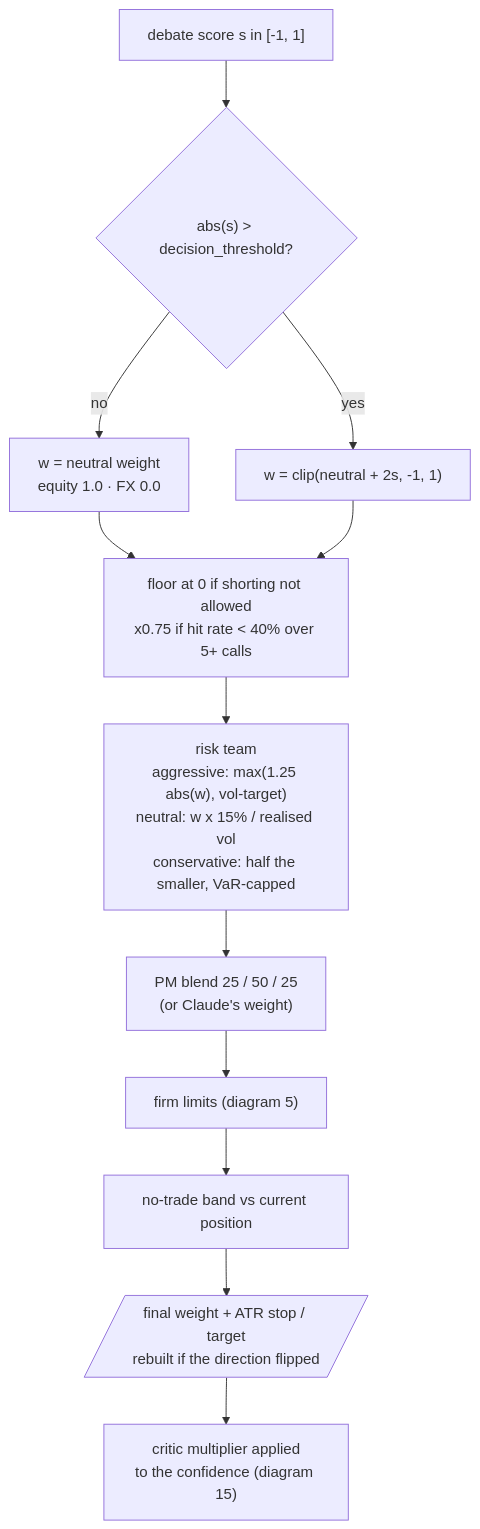
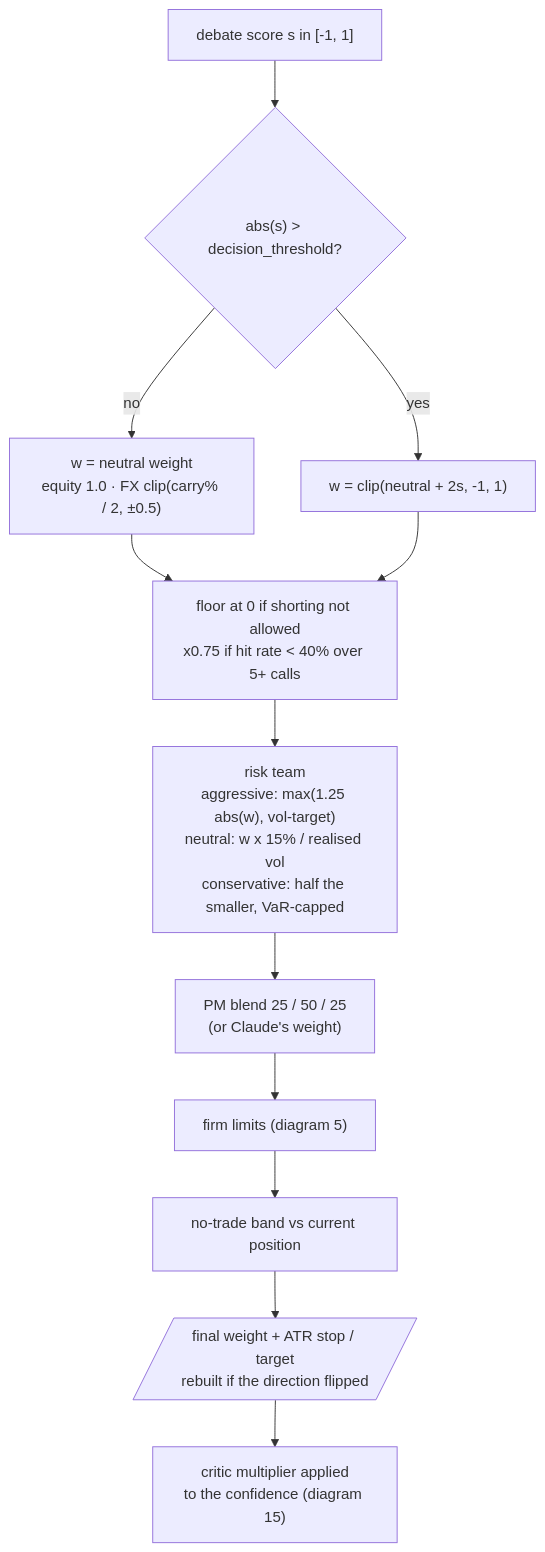
Before and after one commit to AshJha0/agentic-trader: the fourth of 27 diagrams in docs/DIAGRAMS.md, drawn with Mermaid. The commit also changed 18 other files, not shown here.

````diff
--- a/docs/DIAGRAMS.md
+++ b/docs/DIAGRAMS.md
@@ -170,14 +170,14 @@
 ```mermaid
 flowchart TD
     SC["debate score s in [-1, 1]"] --> TH{"abs(s) > decision_threshold?"}
-    TH -- no --> NW["w = neutral weight<br/>equity 1.0 · FX 0.0"]
+    TH -- no --> NW["w = neutral weight<br/>equity 1.0 · FX clip(carry% / 2, ±0.5)"]
     TH -- yes --> TL["w = clip(neutral + 2s, -1, 1)"]
     NW --> SH["floor at 0 if shorting not allowed<br/>x0.75 if hit rate < 40% over 5+ calls"]
     TL --> SH
     SH --> RV["risk team<br/>aggressive: max(1.25 abs(w), vol-target)<br/>neutral: w x 15% / realised vol<br/>conservative: half the smaller, VaR-capped"]
     RV --> BL["PM blend 25 / 50 / 25<br/>(or Claude's weight)"]
     BL --> LIM["firm limits (diagram 5)"]
     LIM --> BD["no-trade band vs current position"]
     BD --> FIN[/"final weight + ATR stop / target<br/>rebuilt if the direction flipped"/]
     FIN --> CR["critic multiplier applied<br/>to the confidence (diagram 15)"]
 ```
````
